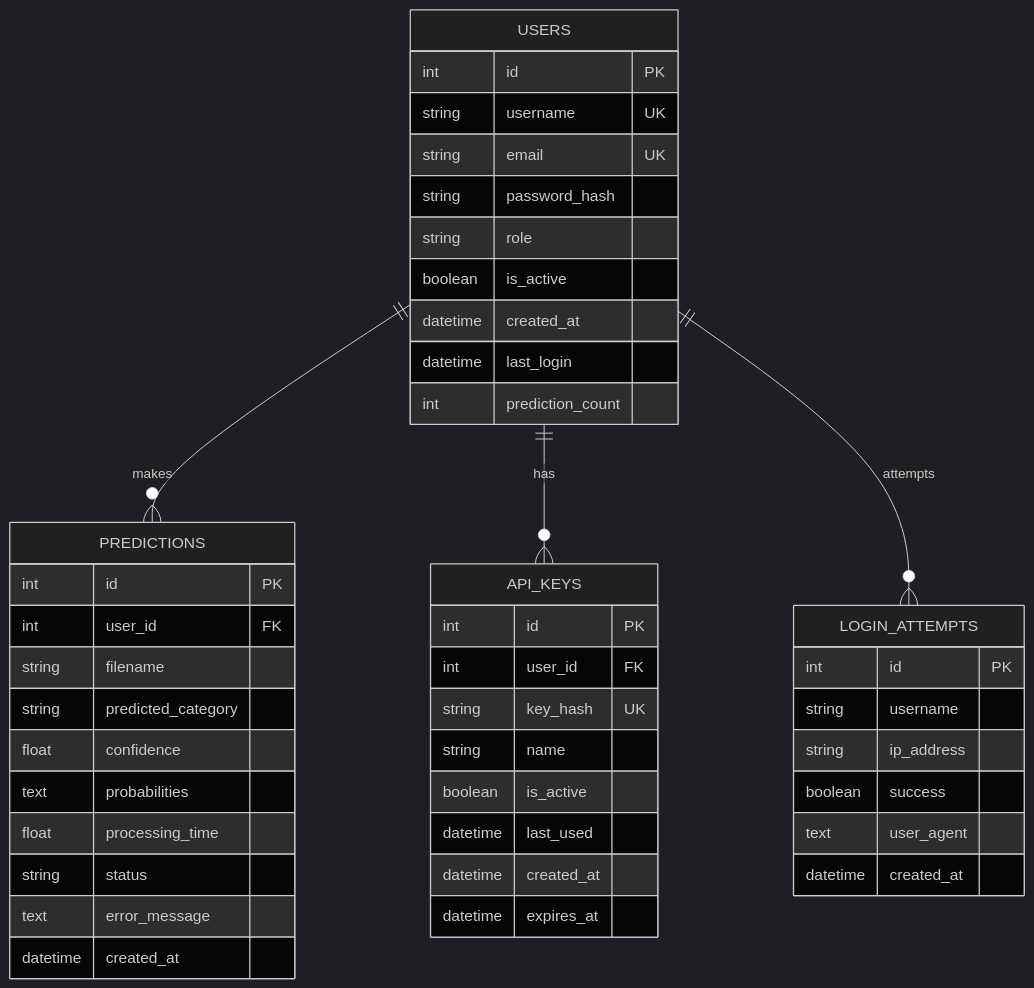
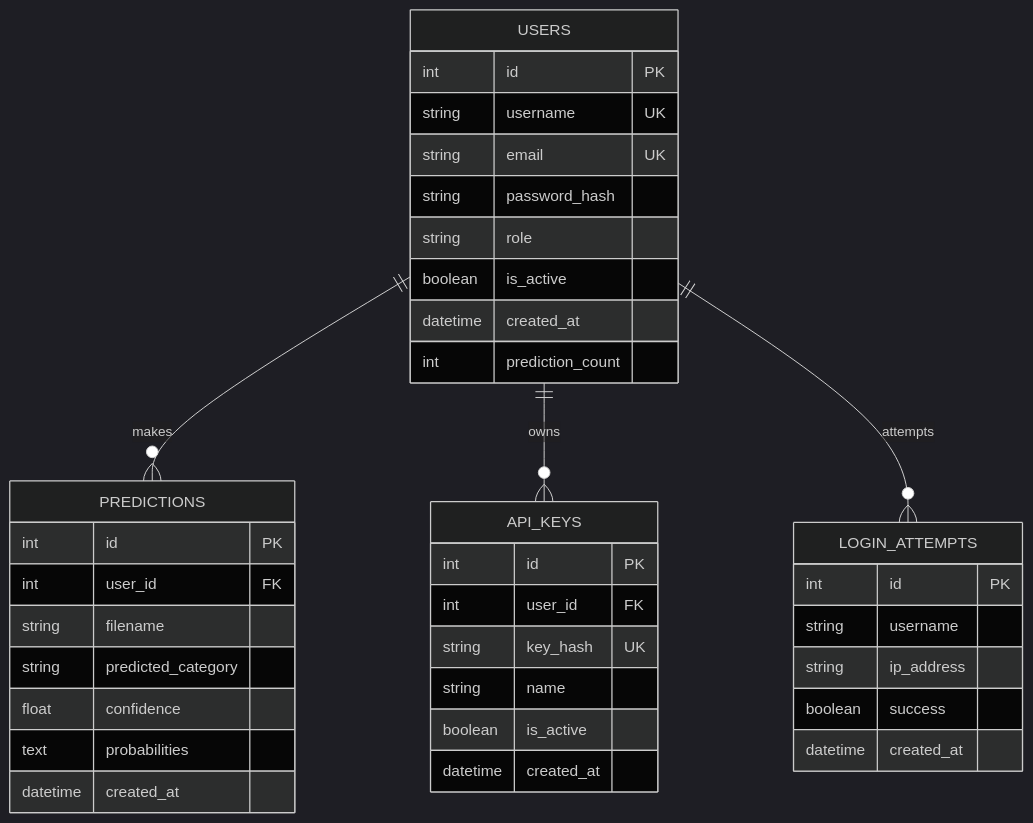
The third of 3 diagrams in api_architecture_diagram.md (SamouchH/Projet_3), drawn with Mermaid (dark theme) before and after one commit. The commit also changed other lines of this file and 1 other file, not shown here.

Commit message:
Fixing mermaid diagrams

````diff
--- a/api_architecture_diagram.md
+++ b/api_architecture_diagram.md
@@ -180,51 +125,44 @@
 ```mermaid
 erDiagram
     USERS {
         int id PK
         string username UK
         string email UK
         string password_hash
         string role
         boolean is_active
         datetime created_at
-        datetime last_login
         int prediction_count
     }
 
     PREDICTIONS {
         int id PK
         int user_id FK
         string filename
         string predicted_category
         float confidence
         text probabilities
-        float processing_time
-        string status
-        text error_message
         datetime created_at
     }
 
     API_KEYS {
         int id PK
         int user_id FK
         string key_hash UK
         string name
         boolean is_active
-        datetime last_used
         datetime created_at
-        datetime expires_at
     }
 
     LOGIN_ATTEMPTS {
         int id PK
         string username
         string ip_address
         boolean success
-        text user_agent
         datetime created_at
     }
 
-    USERS ||--o{ PREDICTIONS : "makes"
-    USERS ||--o{ API_KEYS : "has"
-    USERS ||--o{ LOGIN_ATTEMPTS : "attempts"
+    USERS ||--o{ PREDICTIONS : makes
+    USERS ||--o{ API_KEYS : owns
+    USERS ||--o{ LOGIN_ATTEMPTS : attempts
 ```
````
